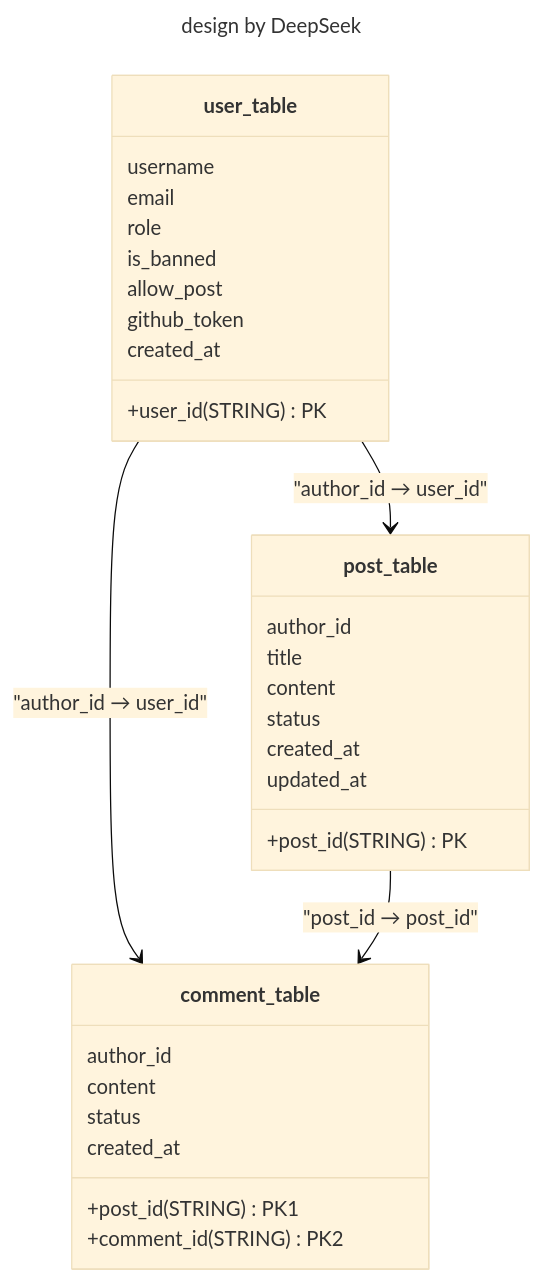
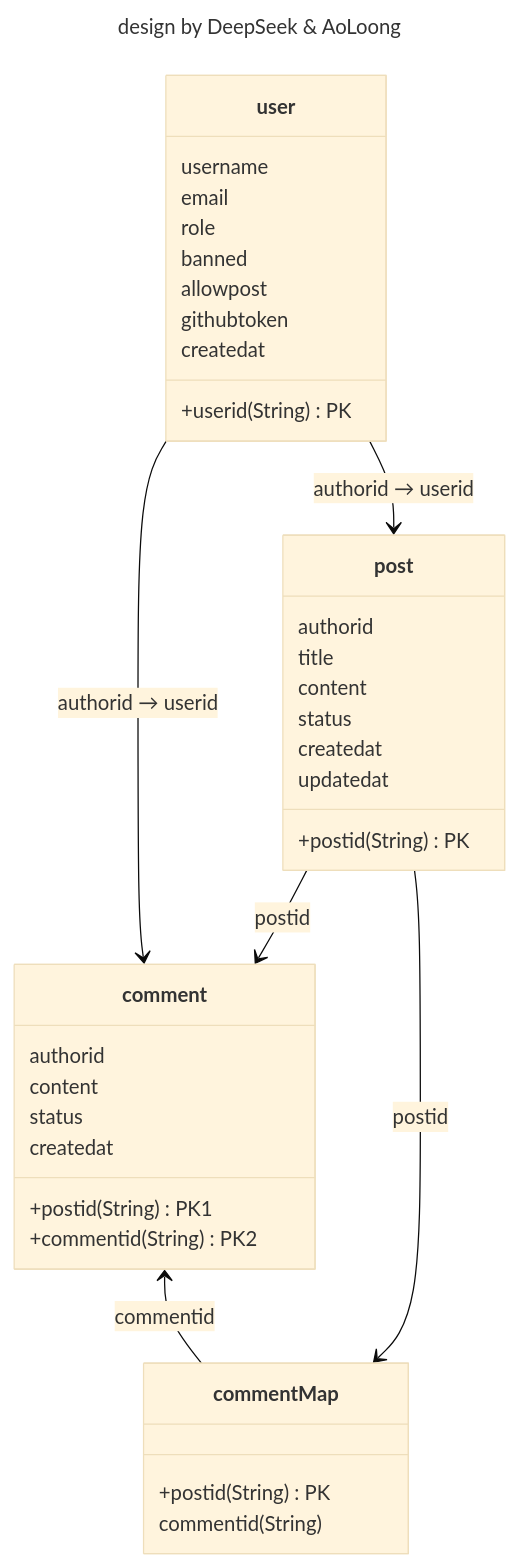
The diagram in docs/dbSchema.mmd (Mr-Ao-Dragon/blogself-backend), drawn with Mermaid (base theme) before and after one commit. The commit also changed 3 other files, not shown here.

Commit message:
add: table define add: group define update: table design

```diff
--- a/docs/dbSchema.mmd
+++ b/docs/dbSchema.mmd
@@ -1,37 +1,43 @@
 ---
-title: design by DeepSeek
+title: design by DeepSeek & AoLoong
 ---
 classDiagram
-    class user_table {
-        +user_id(STRING) PK
+    class user {
+        +userid(String) PK
         username
         email
         role
-        is_banned
-        allow_post
-        github_token
-        created_at
+        banned
+        allowpost
+        githubtoken
+        createdat
     }
 
-    class post_table {
-        +post_id(STRING) PK
-        author_id
+    class post {
+        +postid(String) PK
+        authorid
         title
         content
         status
-        created_at
-        updated_at
+        createdat
+        updatedat
+    }
+    class commentMap {
+        +postid(String) PK
+        commentid(String)
     }
 
-    class comment_table {
-        +post_id(STRING) PK1
-        +comment_id(STRING) PK2
-        author_id
+    class comment {
+        +postid(String) PK1
+        +commentid(String) PK2
+        authorid
         content
         status
-        created_at
+        createdat
     }
 
-    user_table --> post_table: "author_id → user_id"
-    user_table --> comment_table: "author_id → user_id"
-    post_table --> comment_table: "post_id → post_id"
+    user --> post: authorid → userid
+    user --> comment: authorid → userid
+    post --> comment: postid
+    comment <-- commentMap: commentid
+    post --> commentMap: postid
```
